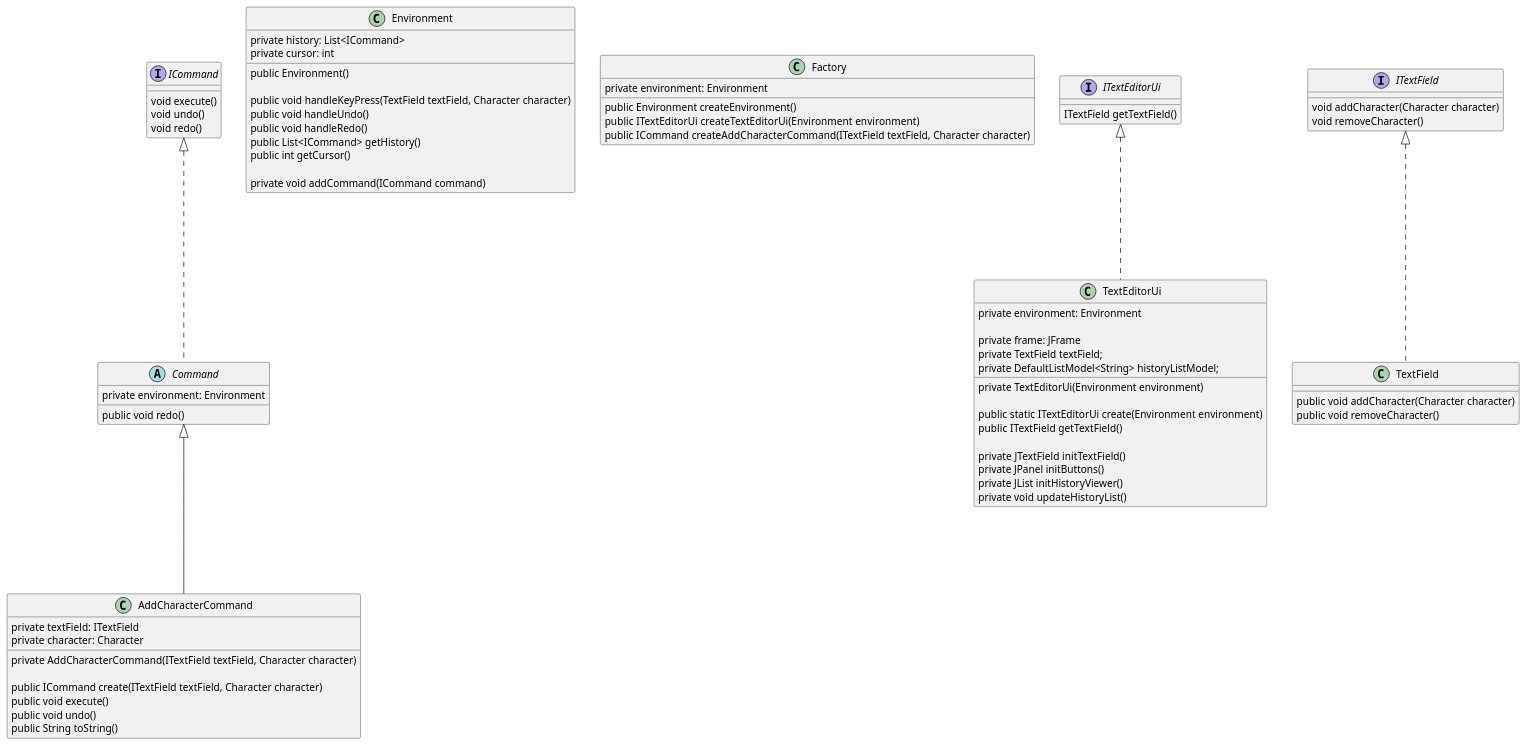
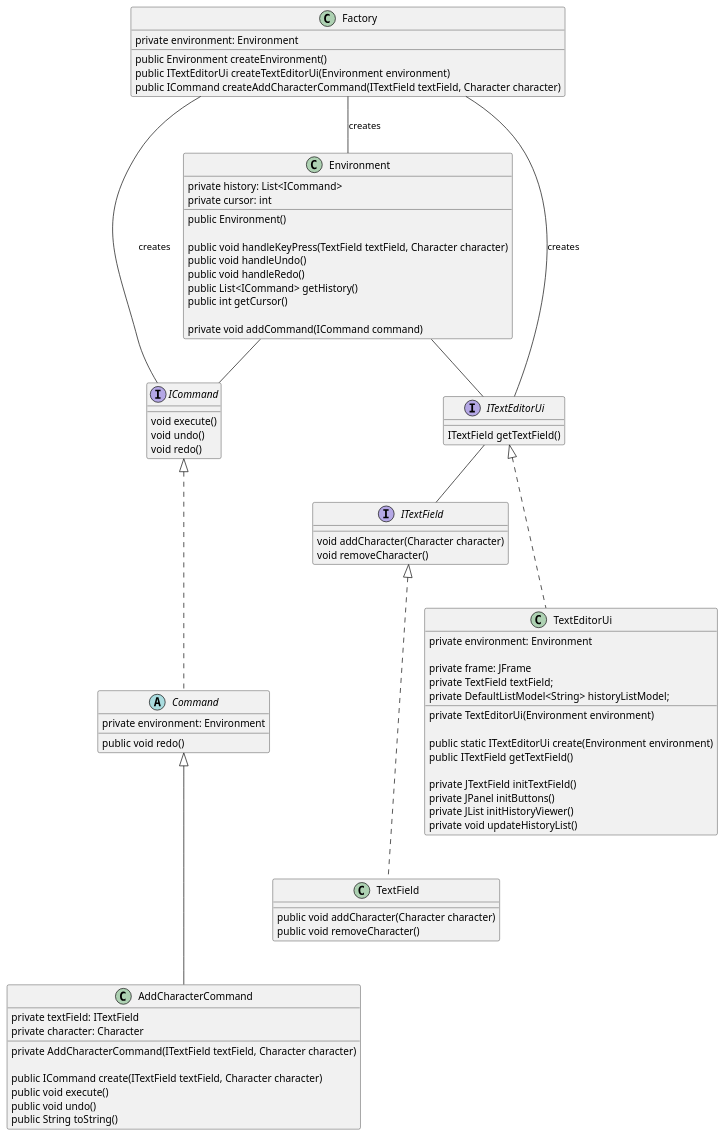
Before and after one commit to GallusHuber/se_undo_redo: the diagram in doc/architecture.puml, drawn with PlantUML. The commit also changed 2 other files, not shown here.

```diff
--- a/doc/architecture.puml
+++ b/doc/architecture.puml
@@ -1,93 +1,101 @@
 @startuml undo_redo
 
 ' Commands
 interface ICommand {
     void execute()
     void undo()
     void redo()
 }
 
 abstract class Command{
     private environment: Environment 
     
     public void redo()
 }
 
 class AddCharacterCommand{
     private textField: ITextField
     private character: Character
 
     private AddCharacterCommand(ITextField textField, Character character)
 
     public ICommand create(ITextField textField, Character character)
     public void execute()
     public void undo()
     public String toString()
 }
 
 ICommand <|... Command
 Command <|--- AddCharacterCommand
 
 ' controll
 class Environment {
     private history: List<ICommand>
     private cursor: int
 
     public Environment()
 
     public void handleKeyPress(TextField textField, Character character)
     public void handleUndo()
     public void handleRedo()
     public List<ICommand> getHistory()
     public int getCursor()
     
     private void addCommand(ICommand command)
 }
 
+Environment -- ICommand
+Environment -- ITextEditorUi
+
 class Factory {
     private environment: Environment
 
     public Environment createEnvironment()
     public ITextEditorUi createTextEditorUi(Environment environment)
     public ICommand createAddCharacterCommand(ITextField textField, Character character)
 }
 
 
 ' UI
 interface ITextEditorUi {
     ITextField getTextField()
 }
 
 interface ITextField {
     void addCharacter(Character character)
     void removeCharacter()
 }
 
 class TextEditorUi{
     private environment: Environment
 
     private frame: JFrame
     private TextField textField;
     private DefaultListModel<String> historyListModel;
 
     private TextEditorUi(Environment environment)
 
     public static ITextEditorUi create(Environment environment)
     public ITextField getTextField()
 
     private JTextField initTextField()
     private JPanel initButtons()
     private JList initHistoryViewer()
     private void updateHistoryList()
 
 }
 
 class TextField {
     public void addCharacter(Character character)
     public void removeCharacter()
 }
 
 ITextEditorUi <|... TextEditorUi
 ITextField <|... TextField
+ITextEditorUi -- ITextField
+
+Factory -- Environment : "creates"
+Factory -- ITextEditorUi : "creates"
+Factory -- ICommand : "creates"
 
 @enduml
```
